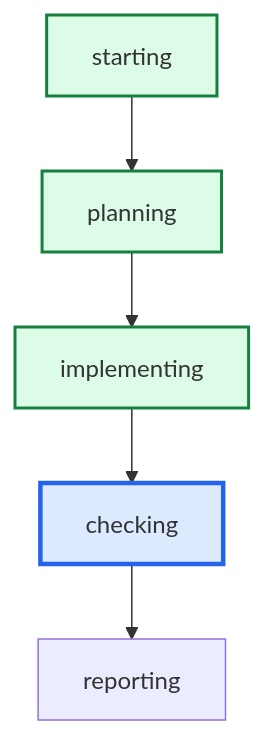
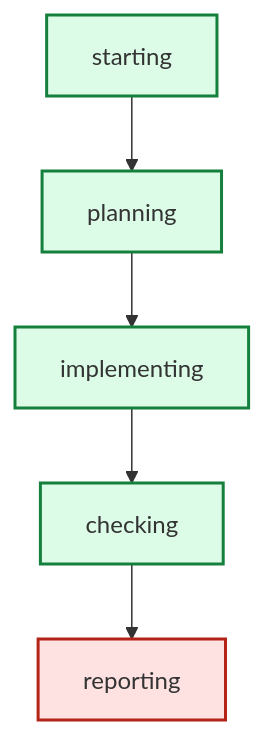
The diagram in latest/graph.mmd (daniell0gda/hermes-feature-check-dashboard), drawn with Mermaid before and after one commit. The commit also changed 34 other files, not shown here.

```diff
--- a/latest/graph.mmd
+++ b/latest/graph.mmd
@@ -1,13 +1,14 @@
 graph TD
     starting --> planning
     planning --> implementing
     implementing --> checking
     checking --> reporting
 
 classDef done fill:#dcfce7,stroke:#15803d,stroke-width:2px;
 classDef active fill:#dbeafe,stroke:#2563eb,stroke-width:3px;
 classDef failed fill:#fee2e2,stroke:#b42318,stroke-width:2px;
+class planning done;
 class implementing done;
-class planning done;
-class checking active;
+class checking done;
 class starting done;
+class reporting failed;
```
